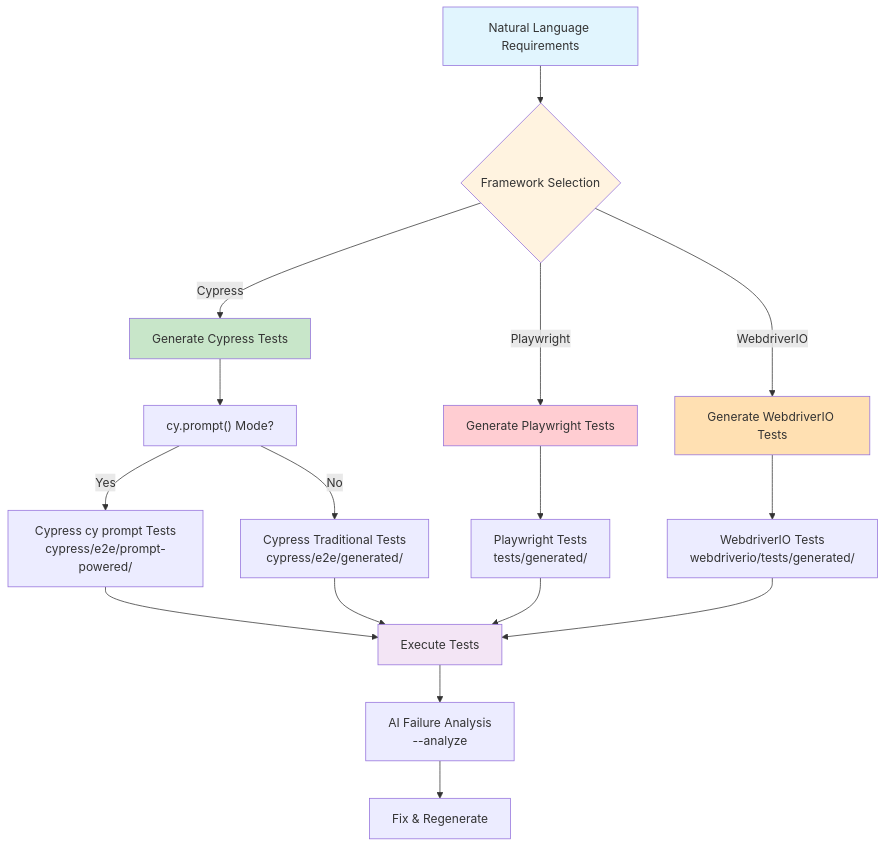
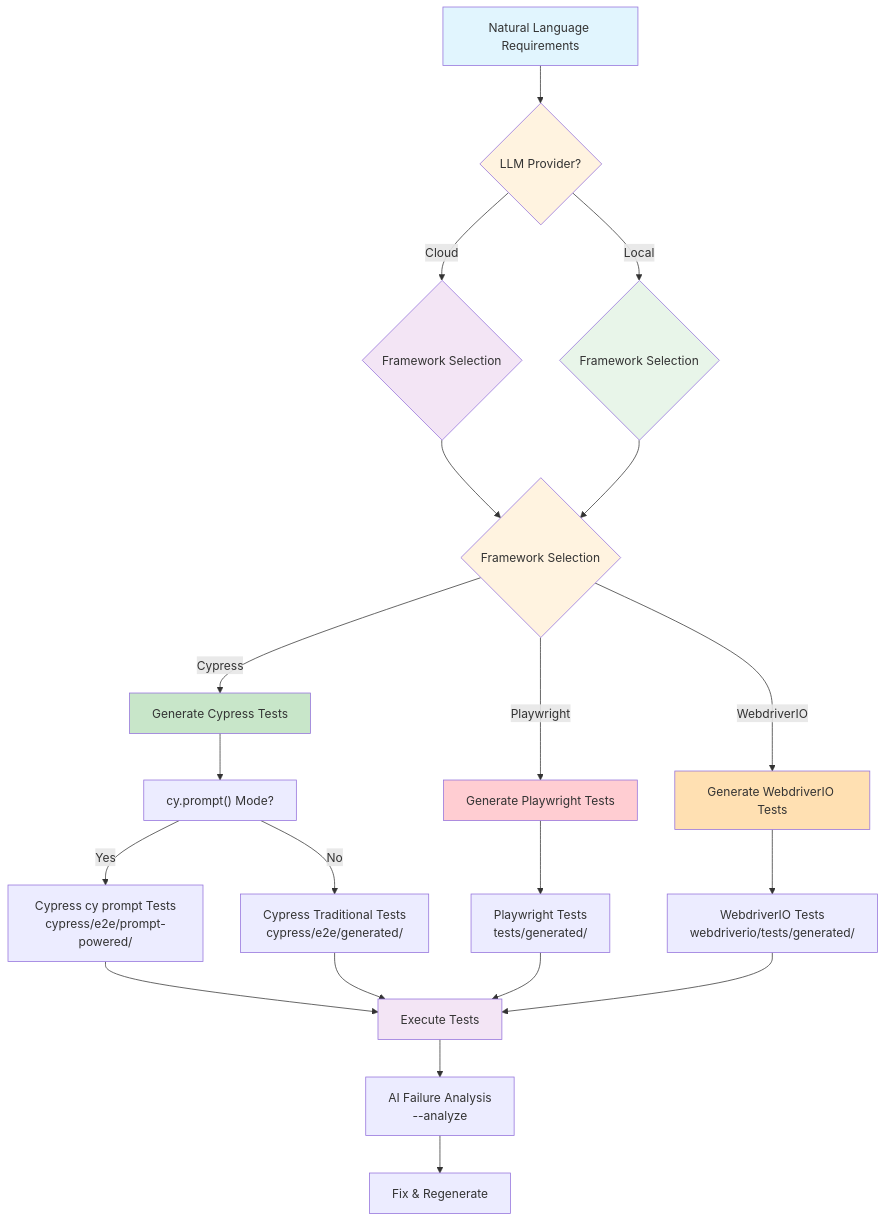
One commit to aiqualitylab/ai-natural-language-tests changed the diagram in .github/images/complete-workflow.mmd. Above: the diagram before and after it, drawn with Mermaid. The commit also changed 2 other files, not shown here.

Commit message:
support: update workflow diagrams for local llm support provider

```diff
--- a/.github/images/complete-workflow.mmd
+++ b/.github/images/complete-workflow.mmd
@@ -1,23 +1,31 @@
 graph TD
-    A[Natural Language Requirements] --> B{Framework Selection}
-    B -->|Cypress| C[Generate Cypress Tests]
-    B -->|Playwright| D[Generate Playwright Tests]
-    B -->|WebdriverIO| W[Generate WebdriverIO Tests]
-    C --> E["cy.prompt() Mode?"]
-    E -->|Yes| F[Cypress cy prompt Tests<br/>cypress/e2e/prompt-powered/]
-    E -->|No| G[Cypress Traditional Tests<br/>cypress/e2e/generated/]
-    D --> H[Playwright Tests<br/>tests/generated/]
-    W --> X[WebdriverIO Tests<br/>webdriverio/tests/generated/]
-    F --> I[Execute Tests]
-    G --> I
-    H --> I
-    X --> I
-    I --> J[AI Failure Analysis<br/>--analyze]
-    J --> K[Fix & Regenerate]
+    A[Natural Language Requirements] --> B{LLM Provider?}
+    B -->|Cloud| B1{Framework Selection}
+    B -->|Local| B2{Framework Selection}
+    B1 --> C
+    B2 --> C
+    C{Framework Selection}
+    C -->|Cypress| D[Generate Cypress Tests]
+    C -->|Playwright| E[Generate Playwright Tests]
+    C -->|WebdriverIO| W[Generate WebdriverIO Tests]
+    D --> F["cy.prompt() Mode?"]
+    F -->|Yes| G[Cypress cy prompt Tests<br/>cypress/e2e/prompt-powered/]
+    F -->|No| H[Cypress Traditional Tests<br/>cypress/e2e/generated/]
+    E --> I[Playwright Tests<br/>tests/generated/]
+    W --> J[WebdriverIO Tests<br/>webdriverio/tests/generated/]
+    G --> K[Execute Tests]
+    H --> K
+    I --> K
+    J --> K
+    K --> L[AI Failure Analysis<br/>--analyze]
+    L --> M[Fix & Regenerate]
 
     style A fill:#e1f5fe
     style B fill:#fff3e0
-    style C fill:#c8e6c9
-    style D fill:#ffcdd2
+    style B1 fill:#f3e5f5
+    style B2 fill:#e8f5e9
+    style C fill:#fff3e0
+    style D fill:#c8e6c9
+    style E fill:#ffcdd2
     style W fill:#ffe0b2
-    style I fill:#f3e5f5
+    style K fill:#f3e5f5
```
